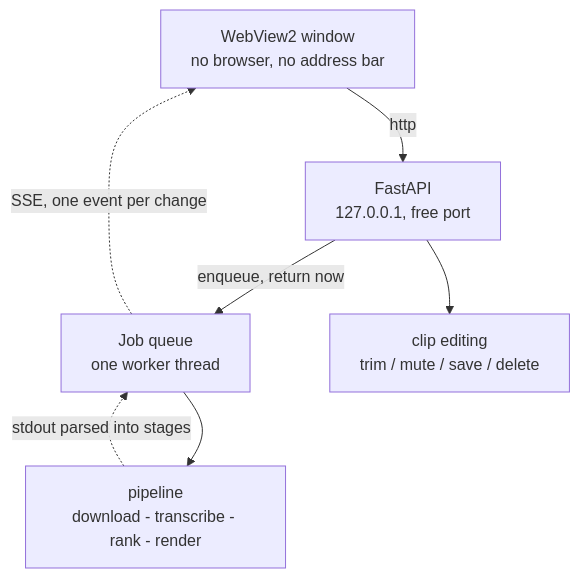
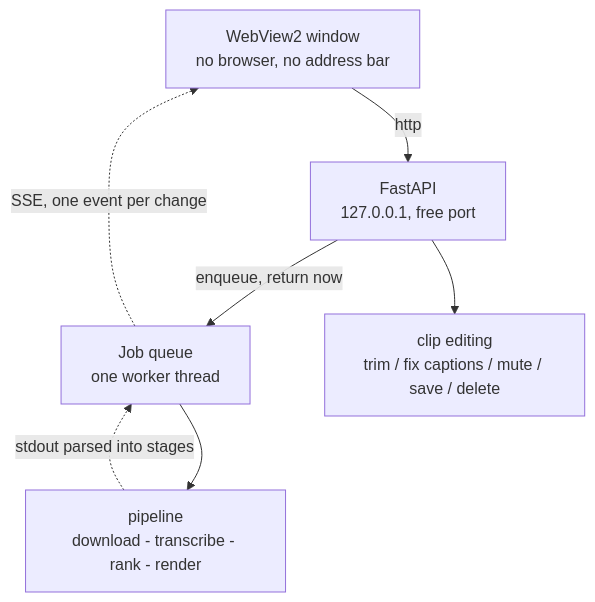
One commit to kleZ799/clipmint changed the second of 2 diagrams in README.md. Above: the diagram before and after it, drawn with Mermaid. The commit also changed other lines of this file and 4 other files, not shown here.

````diff
--- a/README.md
+++ b/README.md
@@ -1199,9 +1253,9 @@
 ```mermaid
 flowchart TB
     W[WebView2 window<br/>no browser, no address bar] -->|http| S[FastAPI<br/>127.0.0.1, free port]
     S -->|enqueue, return now| Q[Job queue<br/>one worker thread]
     Q --> P[pipeline<br/>download - transcribe - rank - render]
     P -.->|stdout parsed into stages| Q
     Q -.->|SSE, one event per change| W
-    S --> E[clip editing<br/>trim / mute / save / delete]
+    S --> E[clip editing<br/>trim / fix captions / mute / save / delete]
 ```
````
